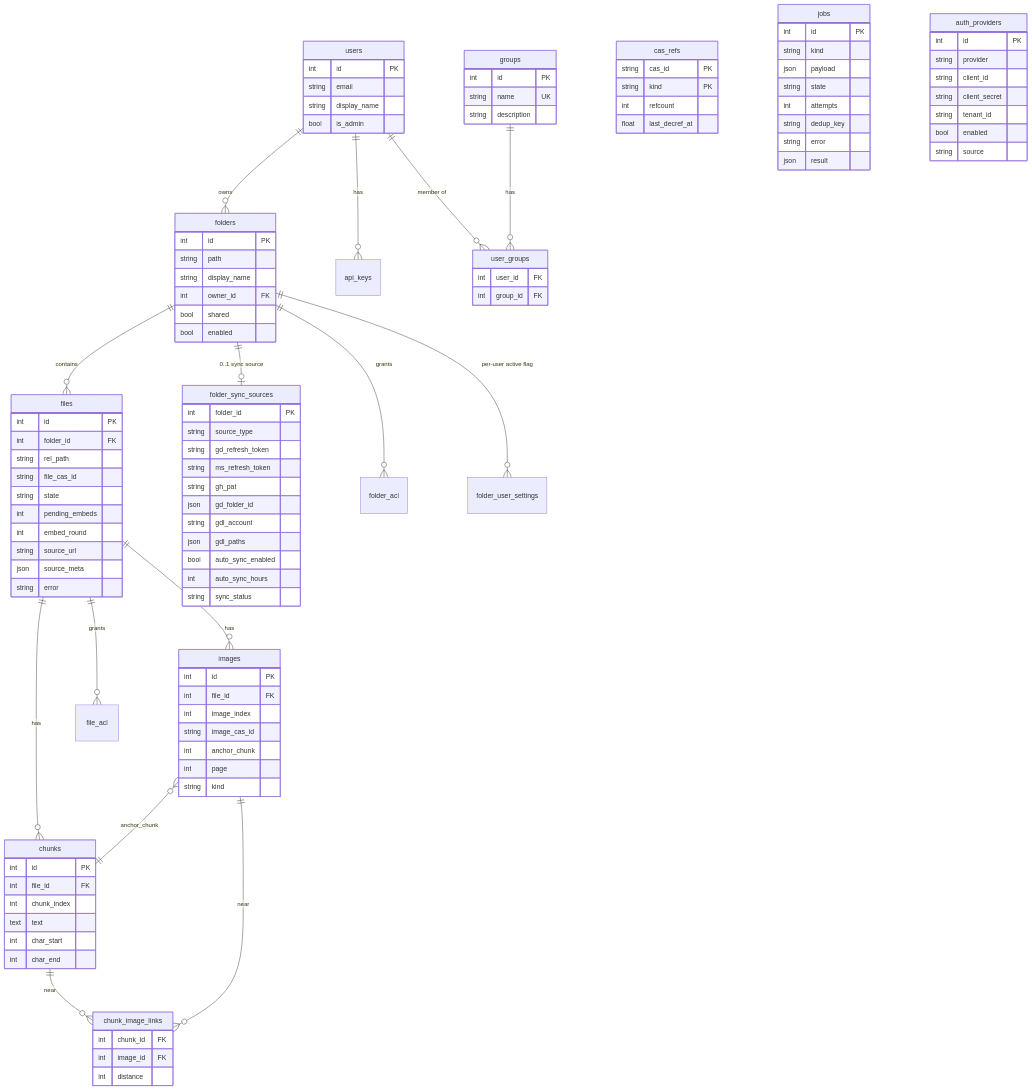
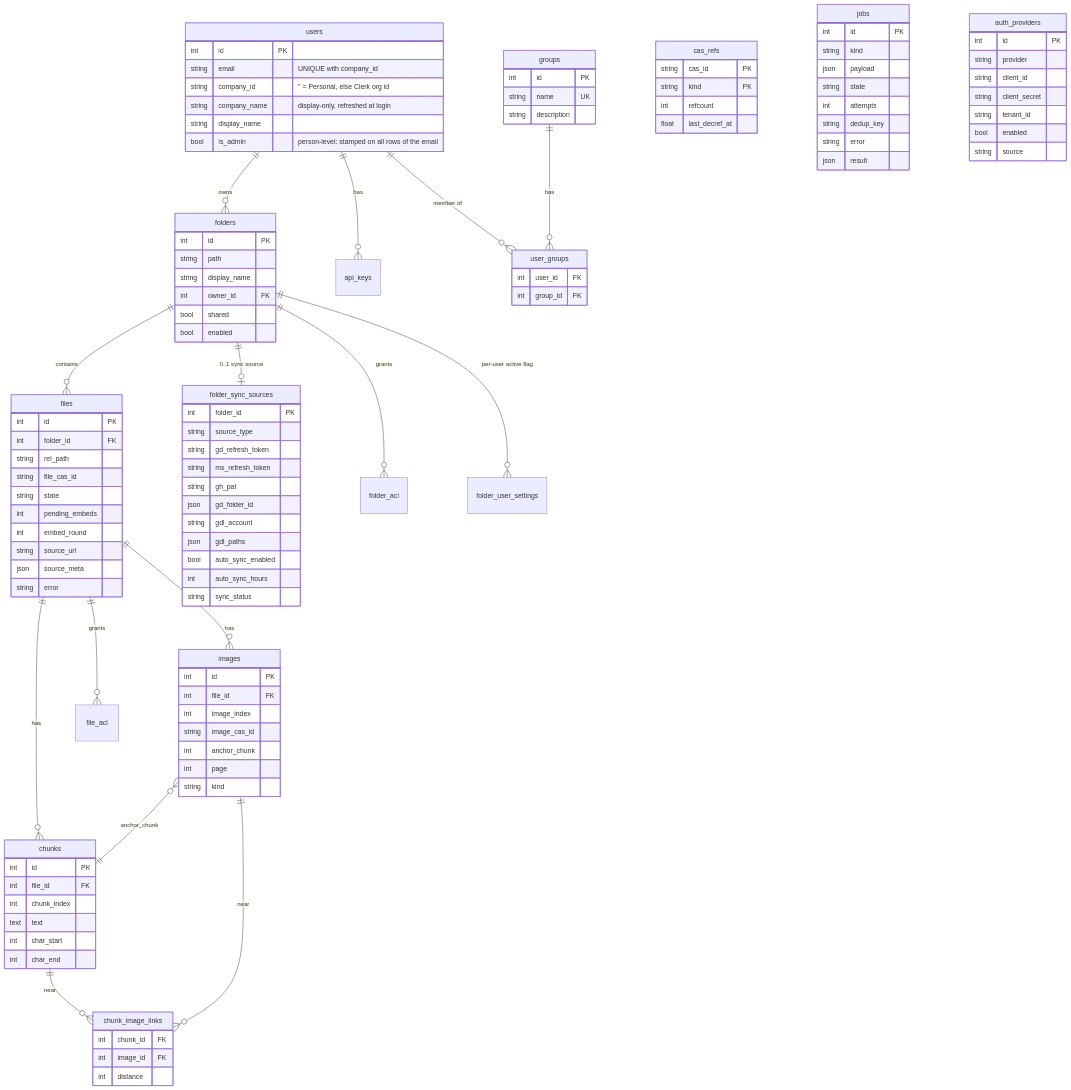
Diagram 19 of 21 in docs/OPERATIONS.md (voitta-ai/voitta-rag-enterprise), drawn with Mermaid before and after one commit. The commit also changed other lines of this file and 19 other files, not shown here.

First line of the commit message:
feat(auth): Clerk directory integration + multi-account (user, company) model

```diff
--- a/docs/OPERATIONS.md
+++ b/docs/OPERATIONS.md
@@ -1010,9 +1119,11 @@
 
     users {
         int id PK
-        string email
+        string email "UNIQUE with company_id"
+        string company_id "'' = Personal, else Clerk org id"
+        string company_name "display-only, refreshed at login"
         string display_name
-        bool is_admin
+        bool is_admin "person-level: stamped on all rows of the email"
     }
     groups {
         int id PK
```
